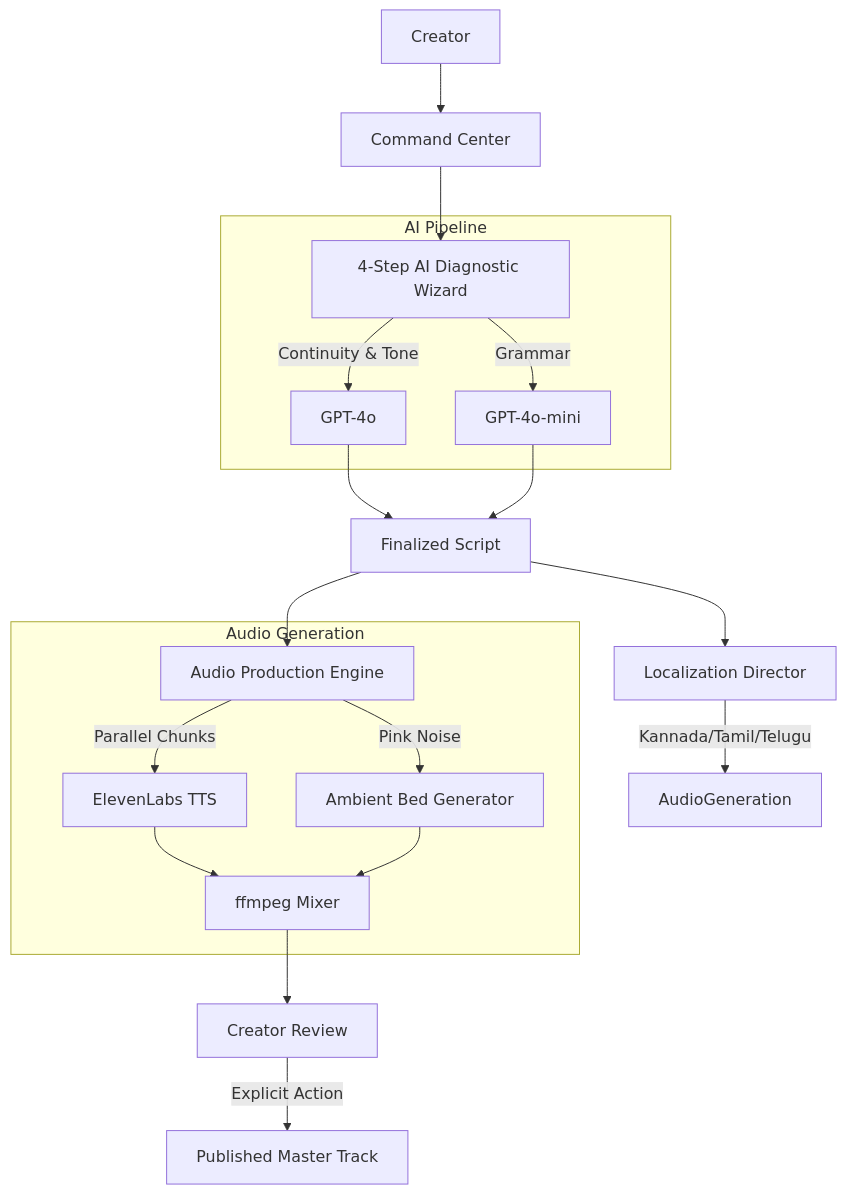
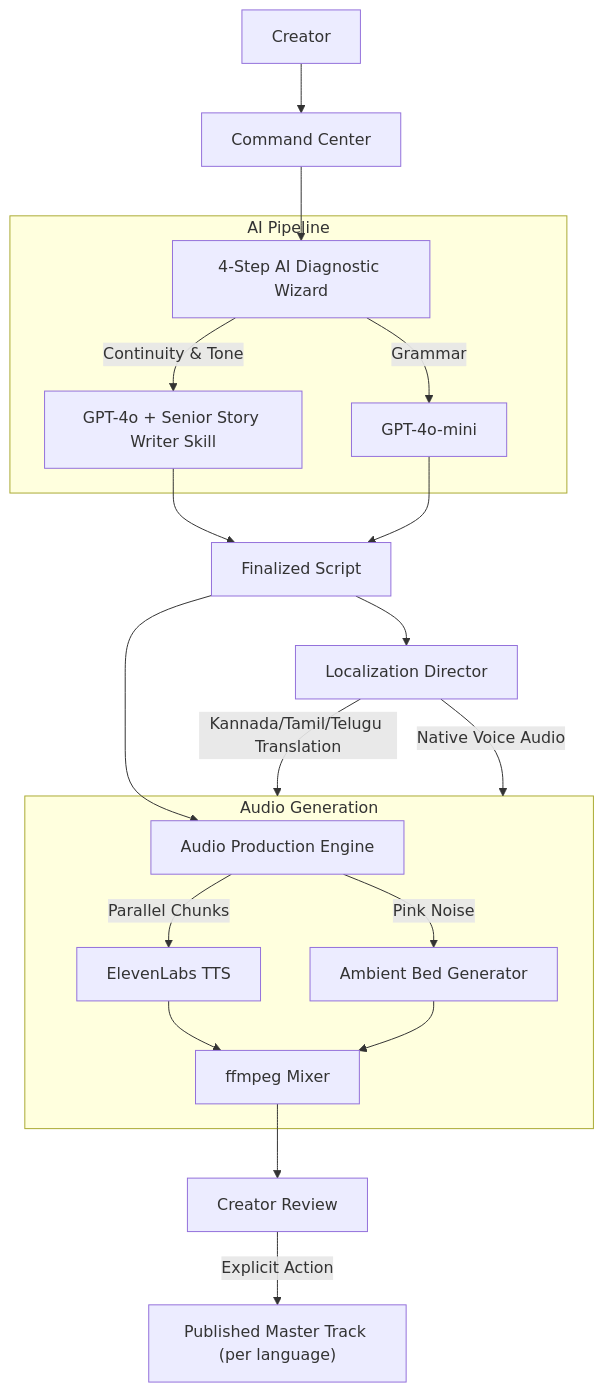
One commit to Rajathacharya24/pocketverse changed the diagram in README.md. Above: the diagram before and after it, drawn with Mermaid. The commit also changed other lines of this file and 1 other file, not shown here.

Commit message:
update README with Senior Story Writer persona details, localized audio production features, and team branding

````diff
--- a/README.md
+++ b/README.md
@@ -47,26 +49,27 @@
 ```mermaid
 graph TD
     Creator["Creator"] --> Dashboard["Command Center"]
     Dashboard --> Wizard["4-Step AI Diagnostic Wizard"]
-    
+
     subgraph AI Pipeline
-        Wizard -->|Continuity & Tone| GPT4o["GPT-4o"]
+        Wizard -->|Continuity & Tone| GPT4o["GPT-4o + Senior Story Writer Skill"]
         Wizard -->|Grammar| GPT4oMini["GPT-4o-mini"]
     end
-    
+
     GPT4o & GPT4oMini --> FinalizedScript["Finalized Script"]
-    
+
     FinalizedScript --> AudioEngine["Audio Production Engine"]
     FinalizedScript --> Localizer["Localization Director"]
-    
-    subgraph Audio Generation
+
+    subgraph AudioGeneration["Audio Generation"]
         AudioEngine -->|Parallel Chunks| ElevenLabs["ElevenLabs TTS"]
         AudioEngine -->|Pink Noise| Soundscape["Ambient Bed Generator"]
         ElevenLabs & Soundscape --> FFmpeg["ffmpeg Mixer"]
     end
-    
-    Localizer -->|Kannada/Tamil/Telugu| AudioGeneration
-    
+
+    Localizer -->|Kannada/Tamil/Telugu Translation| AudioGeneration
+    Localizer -->|Native Voice Audio| AudioGeneration
+
     FFmpeg --> Review["Creator Review"]
-    Review -->|Explicit Action| Publish["Published Master Track"]
+    Review -->|Explicit Action| Publish["Published Master Track (per language)"]
 ```
````
